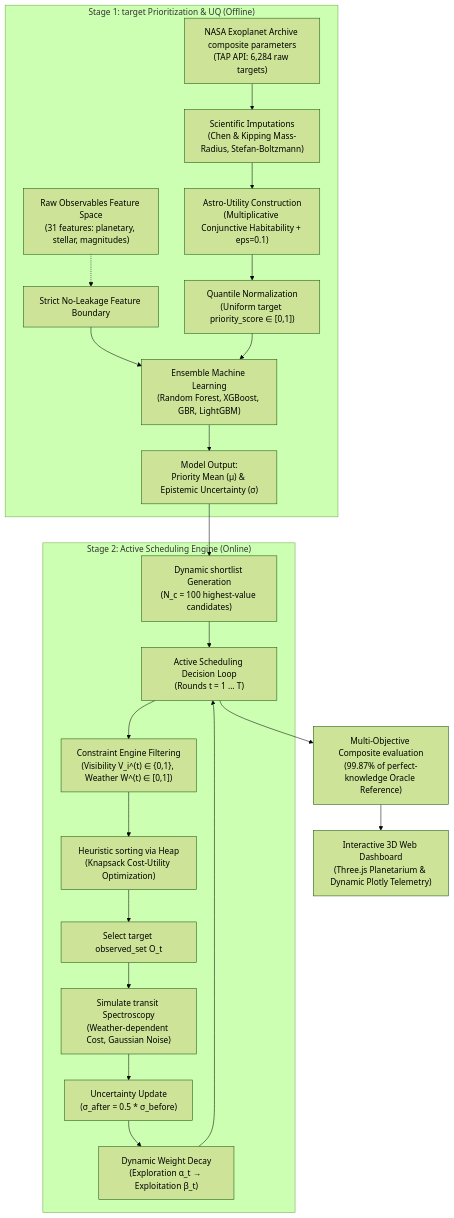
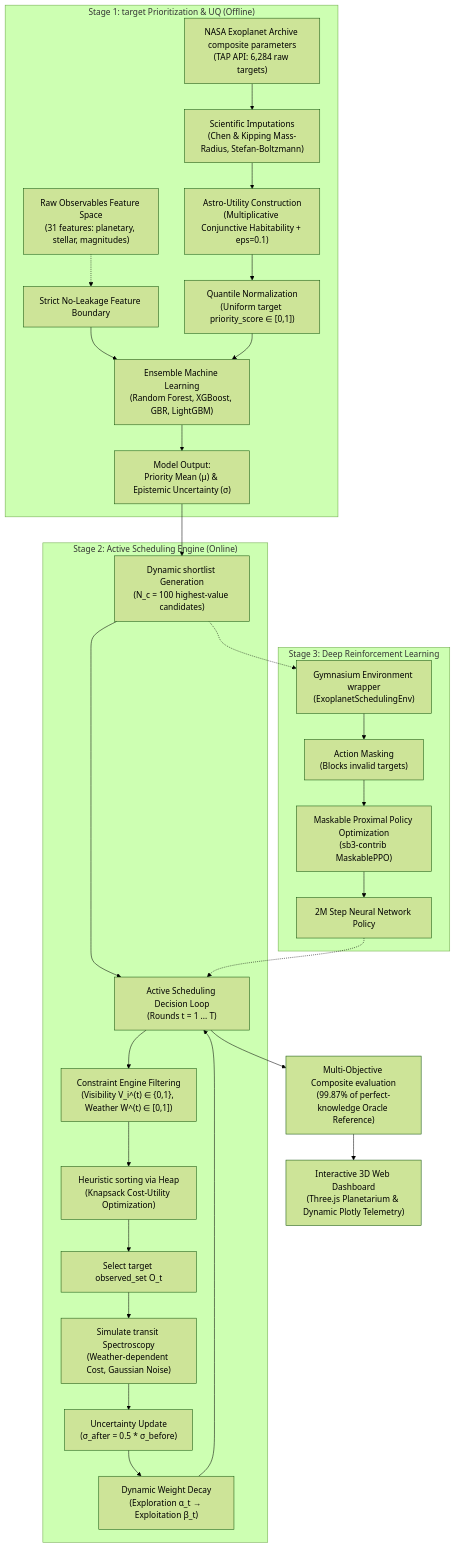
One commit to rushikesh-D69/water changed the first of 2 diagrams in README.md. Above: the diagram before and after it, drawn with Mermaid (forest theme). The commit also changed other lines of this file, not shown here.

Commit message:
docs: add Stage 3 Deep Reinforcement Learning section to README

````diff
--- a/README.md
+++ b/README.md
@@ -27,27 +27,39 @@
 ```mermaid
 flowchart TD
     subgraph Stage1["Stage 1: target Prioritization & UQ (Offline)"]
         A["NASA Exoplanet Archive composite parameters<br>(TAP API: 6,284 raw targets)"] --> B["Scientific Imputations<br>(Chen & Kipping Mass-Radius, Stefan-Boltzmann)"]
         B --> C["Astro-Utility Construction<br>(Multiplicative Conjunctive Habitability + eps=0.1)"]
         C --> D["Quantile Normalization<br>(Uniform target priority_score ∈ [0,1])"]
         E["Raw Observables Feature Space<br>(31 features: planetary, stellar, magnitudes)"] -.-> F["Strict No-Leakage Feature Boundary"]
         F --> G["Ensemble Machine Learning<br>(Random Forest, XGBoost, GBR, LightGBM)"]
         D --> G
         G --> H["Model Output:<br>Priority Mean (μ) & Epistemic Uncertainty (σ)"]
     end
 
     subgraph Stage2["Stage 2: Active Scheduling Engine (Online)"]
         H --> I["Dynamic shortlist Generation<br>(N_c = 100 highest-value candidates)"]
         I --> J["Active Scheduling Decision Loop<br>(Rounds t = 1 ... T)"]
         J --> K["Constraint Engine Filtering<br>(Visibility V_i^(t) ∈ {0,1}, Weather W^(t) ∈ [0,1])"]
         K --> L["Heuristic sorting via Heap<br>(Knapsack Cost-Utility Optimization)"]
         L --> M["Select target observed_set O_t"]
         M --> N["Simulate transit Spectroscopy<br>(Weather-dependent Cost, Gaussian Noise)"]
         N --> O["Uncertainty Update<br>(σ_after = 0.5 * σ_before)"]
         O --> P["Dynamic Weight Decay<br>(Exploration α_t → Exploitation β_t)"]
         P --> J
     end
+
+    subgraph Stage3["Stage 3: Deep Reinforcement Learning"]
+        S["Gymnasium Environment wrapper<br>(ExoplanetSchedulingEnv)"]
+        T["Action Masking<br>(Blocks invalid targets)"]
+        U["Maskable Proximal Policy Optimization<br>(sb3-contrib MaskablePPO)"]
+        V["2M Step Neural Network Policy"]
+        I -.-> S
+        S --> T
+        T --> U
+        U --> V
+        V -.-> J
+    end
     
     J --> Q["Multi-Objective Composite evaluation<br>(99.87% of perfect-knowledge Oracle Reference)"]
     Q --> R["Interactive 3D Web Dashboard<br>(Three.js Planetarium & Dynamic Plotly Telemetry)"]
 ```
````
